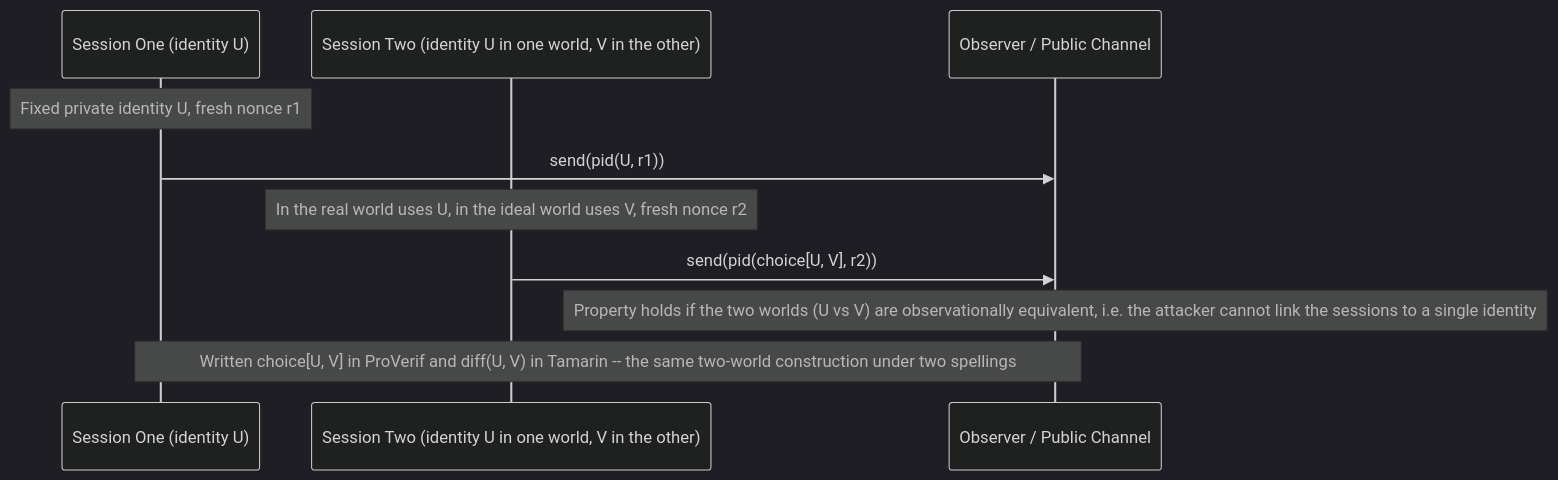
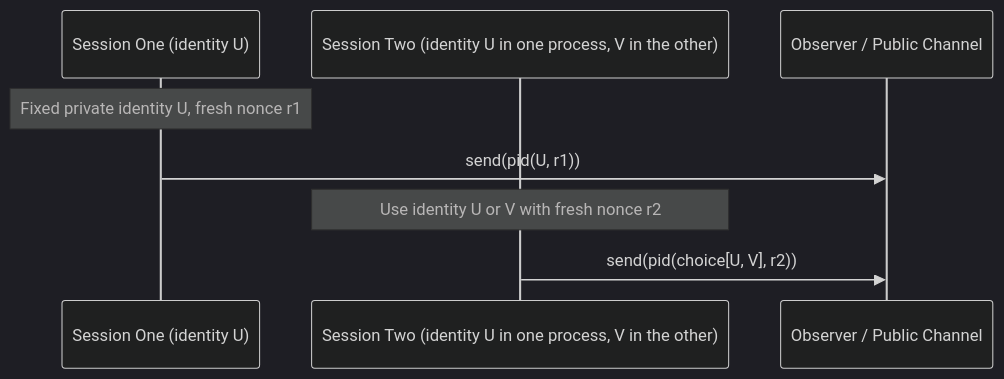
One commit to leonardtudorache/An-Executable-Taxonomy-of-Security-Properties-for-ProVerif-and-Tamarin changed the diagram in SecurityProperties/Privacy/Unlinkability/Unlinkability.md. Above: the diagram before and after it, drawn with Mermaid (dark theme). The commit also changed 13 other files, not shown here.

Commit message:
Update visualizations and check diagrams

````diff
--- a/SecurityProperties/Privacy/Unlinkability/Unlinkability.md
+++ b/SecurityProperties/Privacy/Unlinkability/Unlinkability.md
@@ -1,15 +1,12 @@
 ```mermaid
 sequenceDiagram
     participant S1 as Session One (identity U)
-    participant S2 as Session Two (identity U in one world, V in the other)
+    participant S2 as Session Two (identity U in one process, V in the other)
     participant O as Observer / Public Channel
 
     Note over S1: Fixed private identity U, fresh nonce r1
     S1->>O: send(pid(U, r1))
 
-    Note over S2: In the real world uses U, in the ideal world uses V, fresh nonce r2
+    Note over S2: Use identity U or V with fresh nonce r2
     S2->>O: send(pid(choice[U, V], r2))
-
-    Note over O: Property holds if the two worlds (U vs V) are observationally equivalent, i.e. the attacker cannot link the sessions to a single identity
-    Note over S1, O: Written choice[U, V] in ProVerif and diff(U, V) in Tamarin -- the same two-world construction under two spellings
 ```
````
